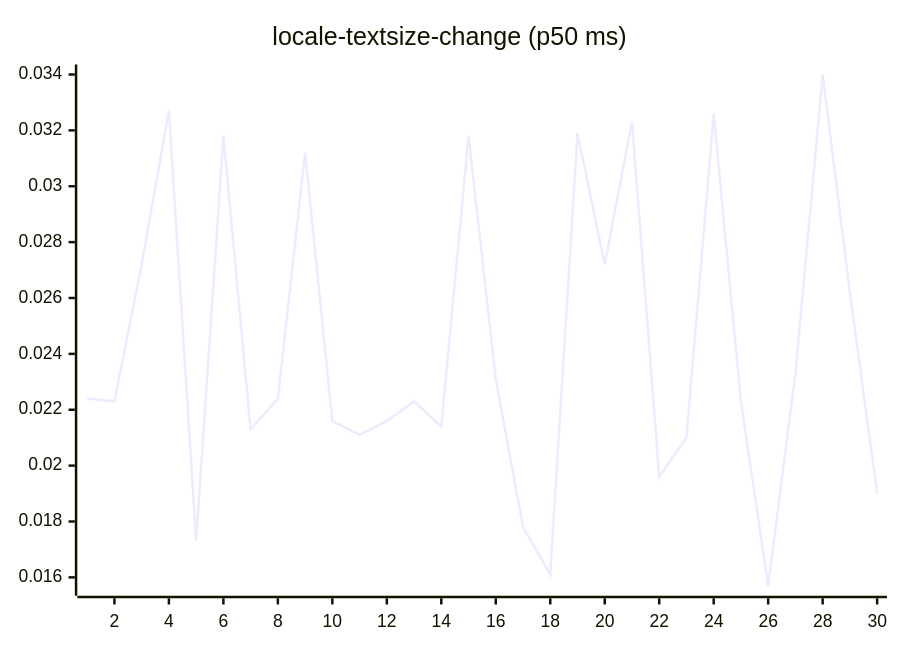
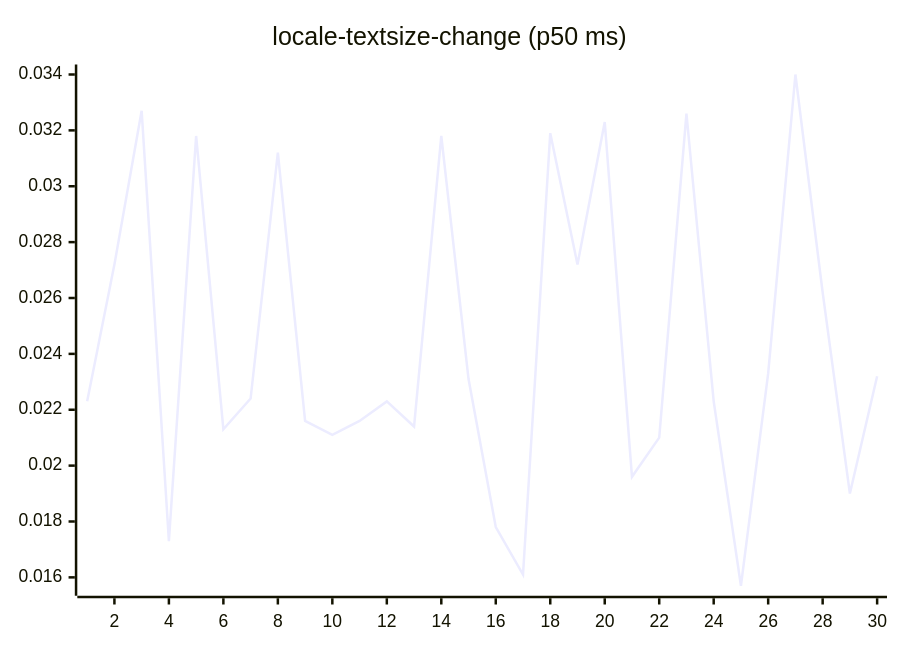
Before and after one commit to josha/Facet: diagram 13 of 27 in README.md, drawn with Mermaid. The commit also changed other lines of this file and 2 other files, not shown here.

````diff
--- a/README.md
+++ b/README.md
@@ -147,6 +147,6 @@
 ```mermaid
 xychart-beta
     title "locale-textsize-change (p50 ms)"
     x-axis 1 --> 30
-    line [0.0224, 0.0223, 0.0272, 0.0327, 0.0173, 0.0318, 0.0213, 0.0224, 0.0312, 0.0216, 0.0211, 0.0216, 0.0223, 0.0214, 0.0318, 0.0231, 0.0178, 0.0161, 0.0319, 0.0272, 0.0323, 0.0196, 0.0210, 0.0326, 0.0223, 0.0157, 0.0233, 0.0340, 0.0262, 0.0190]
+    line [0.0223, 0.0272, 0.0327, 0.0173, 0.0318, 0.0213, 0.0224, 0.0312, 0.0216, 0.0211, 0.0216, 0.0223, 0.0214, 0.0318, 0.0231, 0.0178, 0.0161, 0.0319, 0.0272, 0.0323, 0.0196, 0.0210, 0.0326, 0.0223, 0.0157, 0.0233, 0.0340, 0.0262, 0.0190, 0.0232]
 ```
````
